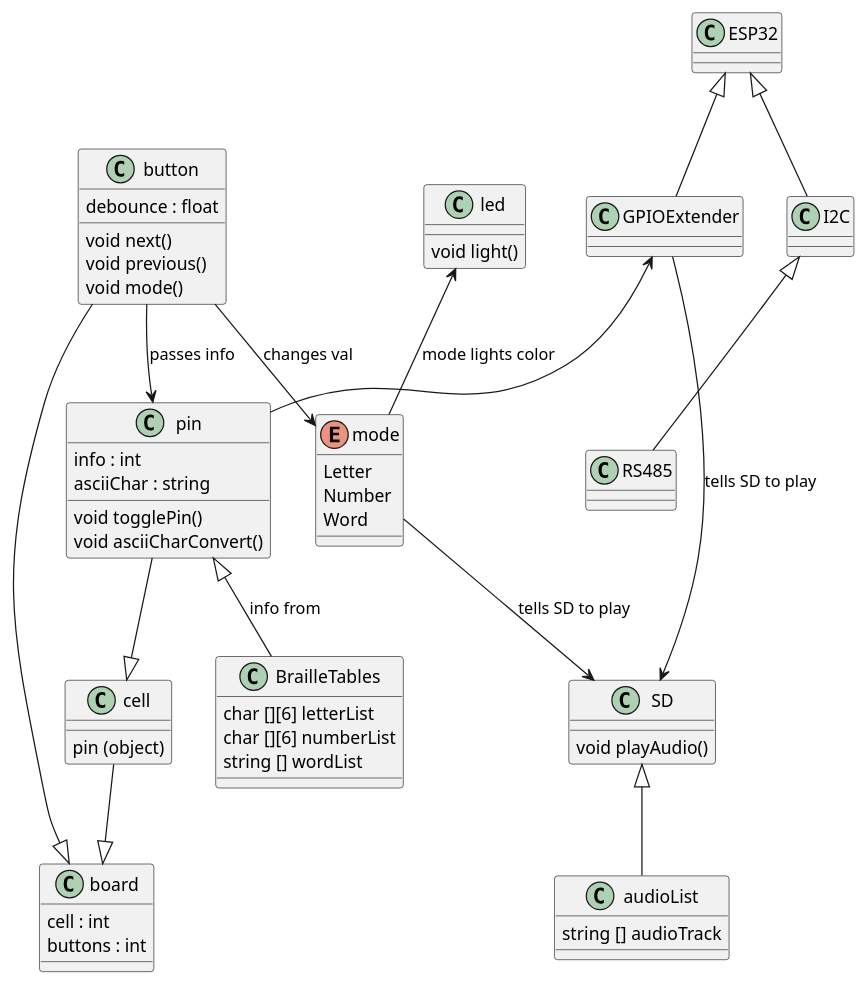
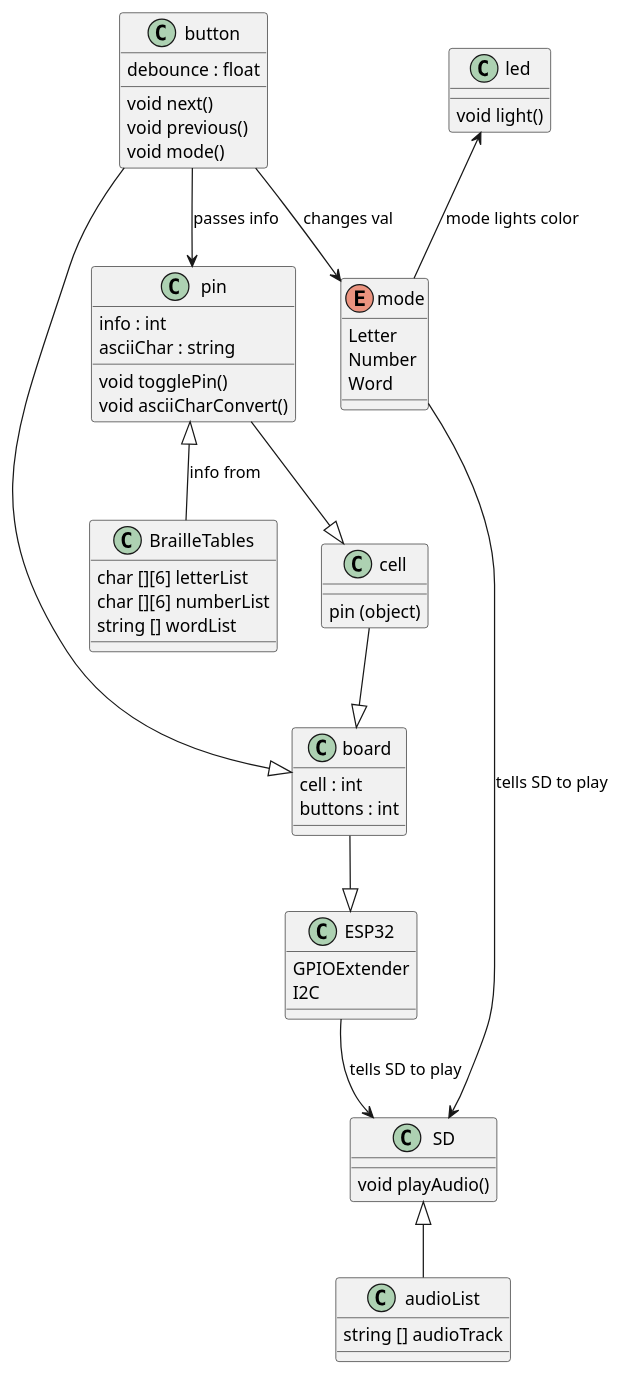
The diagram in Braille_Project/main/Braille.puml (nathe6/ENGR696-Braille), drawn with PlantUML before and after one commit. The commit also changed 1 other file, not shown here.

```diff
--- a/Braille_Project/main/Braille.puml
+++ b/Braille_Project/main/Braille.puml
@@ -1,88 +1,67 @@
 @startuml braille
 ' skinparam linetype polyline
 
 together {
     class board {
         cell : int
         buttons : int
     }
 
         cell --|> board
         cell : pin (object)
         button --|> board
         pin --|> cell
 
     class pin {
         info : int
         asciiChar : string
         void togglePin()
         void asciiCharConvert()
     }
 
         pin <|-- BrailleTables : info from
         BrailleTables : char [][6] letterList
         BrailleTables : char [][6] numberList
         BrailleTables : string [] wordList
 
     class button {
         debounce : float 
         void next() 
         void previous()
         void mode()
     }
 
         button --> pin : passes info
         button --> mode : changes val
 
 }
 
-together {
+class ESP32 {
+    GPIOExtender
+    I2C
+}
 
-    class GPIOExtender {
-        
-    }
-
-        GPIOExtender <-- pin
-
-    class ESP32 {
-
-    } 
-
-        ESP32 <|-- GPIOExtender
-
-    class I2C {
-
-    }
-
-        ESP32 <|-- I2C
-
-    class RS485 {
-
-    }
-
-        I2C <|-- RS485 
-
-}
+    board --|> ESP32
 
 class SD {
     void playAudio()
 }
 
     SD <|-- audioList 
     audioList : string [] audioTrack
-    mode --> SD : tells SD to play
-    GPIOExtender --> SD : tells SD to play
+    mode -> SD : tells SD to play
+    ESP32 --> SD : tells SD to play
 
 class led {
     void light()
 }
 
     led <-- mode : mode lights color
 
 enum mode {
     Letter
     Number
     Word
 } 
 
 @enduml
```
